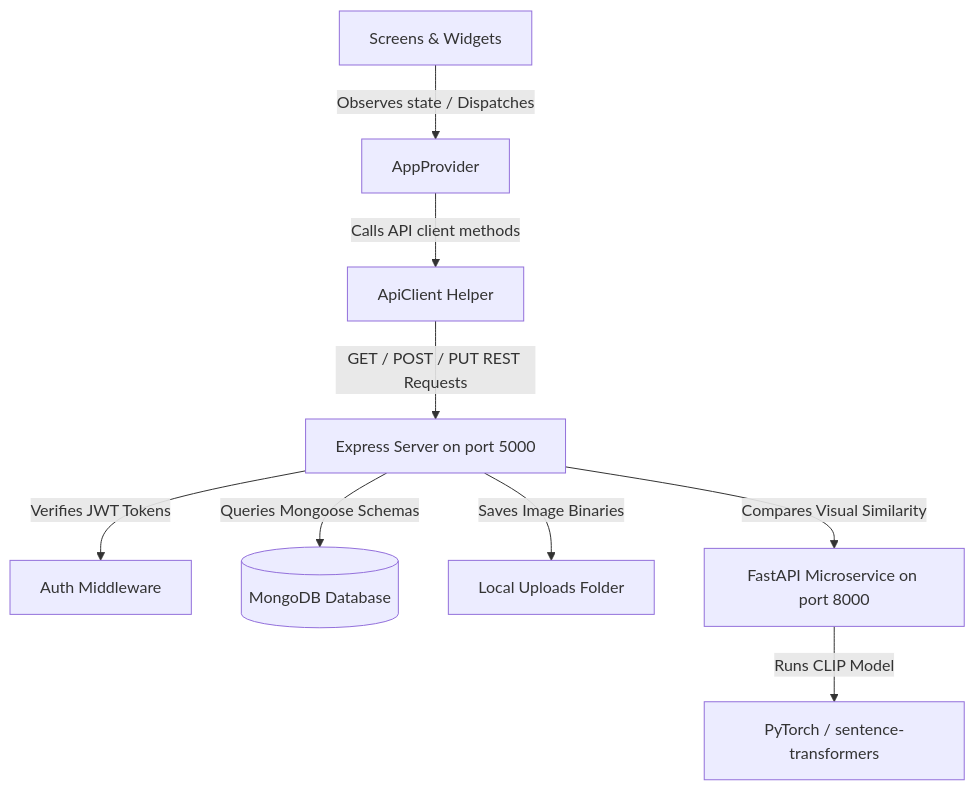
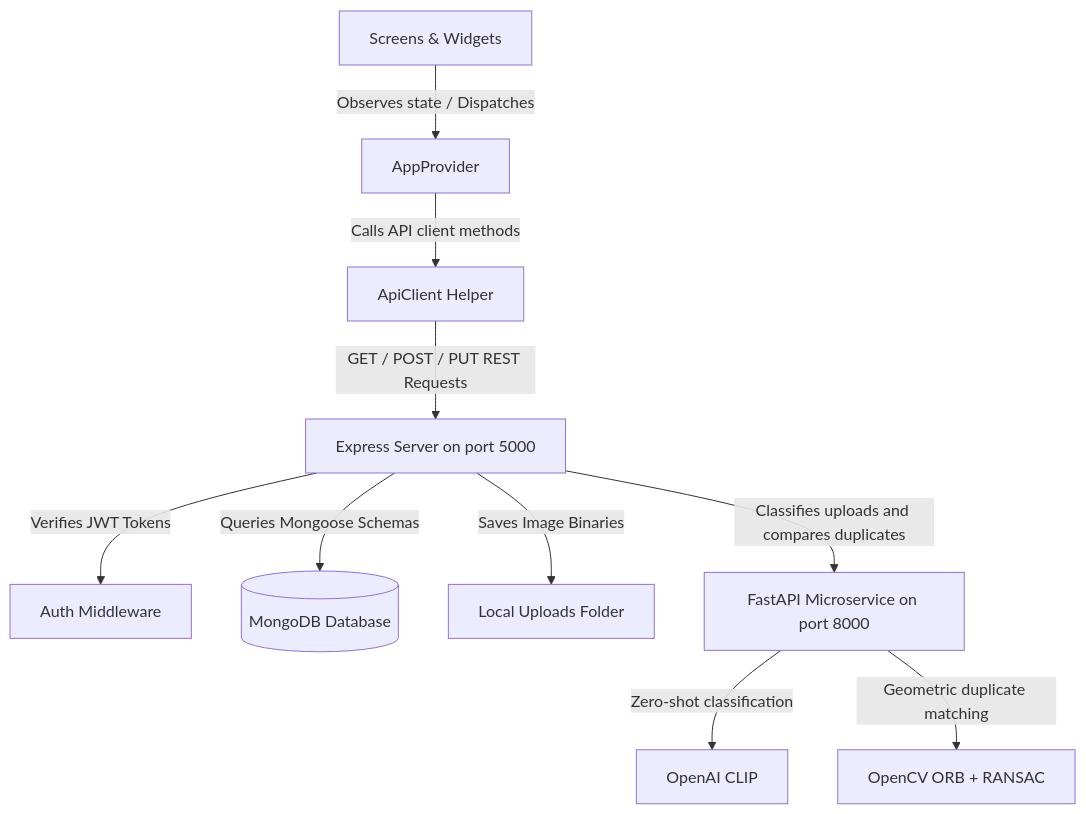
One commit to Varunpatel586/Civic_Connect changed the first of 2 diagrams in docs/architecture.md. Above: the diagram before and after it, drawn with Mermaid. The commit also changed other lines of this file and 14 other files, not shown here.

````diff
--- a/docs/architecture.md
+++ b/docs/architecture.md
@@ -40,11 +40,12 @@
 ```mermaid
 graph TD
     UI[Screens & Widgets] -->|Observes state / Dispatches| Provider[AppProvider]
     Provider -->|Calls API client methods| ApiClient[ApiClient Helper]
     ApiClient -->|GET / POST / PUT REST Requests| Express[Express Server on port 5000]
     Express -->|Verifies JWT Tokens| Middleware[Auth Middleware]
     Express -->|Queries Mongoose Schemas| Mongo[(MongoDB Database)]
     Express -->|Saves Image Binaries| Uploads[Local Uploads Folder]
-    Express -->|Compares Visual Similarity| FastAPI[FastAPI Microservice on port 8000]
-    FastAPI -->|Runs CLIP Model| PyTorch[PyTorch / sentence-transformers]
+    Express -->|Classifies uploads and compares duplicates| FastAPI[FastAPI Microservice on port 8000]
+    FastAPI -->|Zero-shot classification| CLIP[OpenAI CLIP]
+    FastAPI -->|Geometric duplicate matching| OpenCV[OpenCV ORB + RANSAC]
 ```
````
